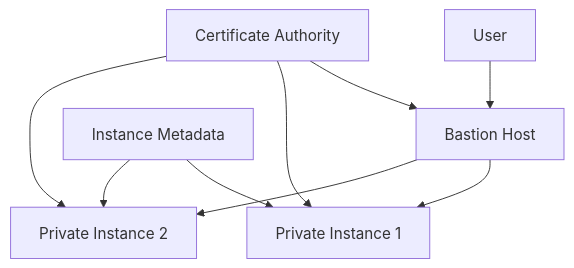
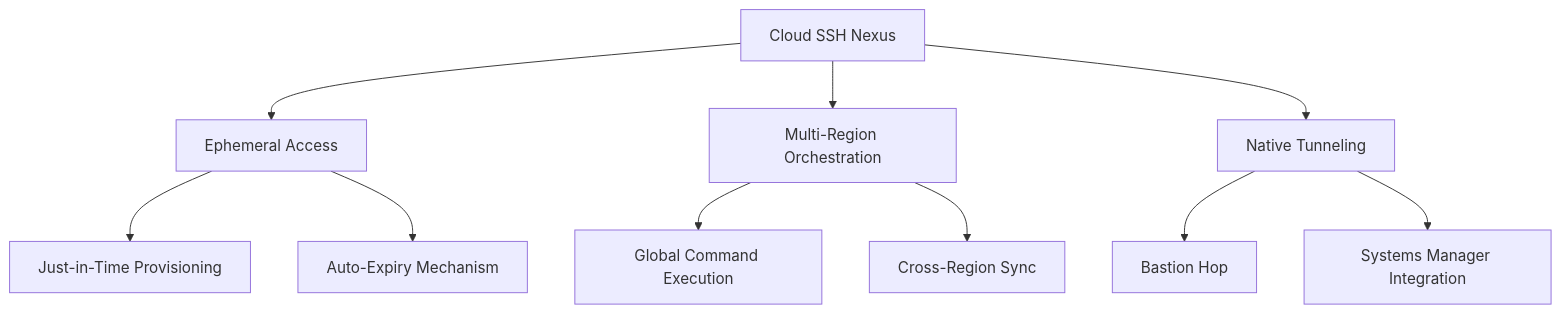
One commit to cipherbite/mastering-linux changed the fourth of 5 diagrams in mastering-ssh-part-one/3 - Intermediate SSH Usage.md. Above: the diagram before and after it, drawn with Mermaid. The commit also changed other lines of this file, not shown here.

Commit message:
Update 3 - Intermediate SSH Usage.md

````diff
--- a/mastering-ssh-part-one/3 - Intermediate SSH Usage.md
+++ b/mastering-ssh-part-one/3 - Intermediate SSH Usage.md
@@ -406,11 +405,12 @@
 ```mermaid
 graph TD
-    A[User] --> B[Bastion Host]
-    B --> C[Private Instance 1]
-    B --> D[Private Instance 2]
-    E[Certificate Authority] --> B
-    E --> C
-    E --> D
-    F[Instance Metadata] --> C
-    F --> D
+    A[Cloud SSH Nexus] --> B[Ephemeral Access]
+    A --> C[Multi-Region Orchestration]
+    A --> D[Native Tunneling]
+    B --> E[Just-in-Time Provisioning]
+    B --> F[Auto-Expiry Mechanism]
+    C --> G[Global Command Execution]
+    C --> H[Cross-Region Sync]
+    D --> I[Bastion Hop]
+    D --> J[Systems Manager Integration]
 ```
````
